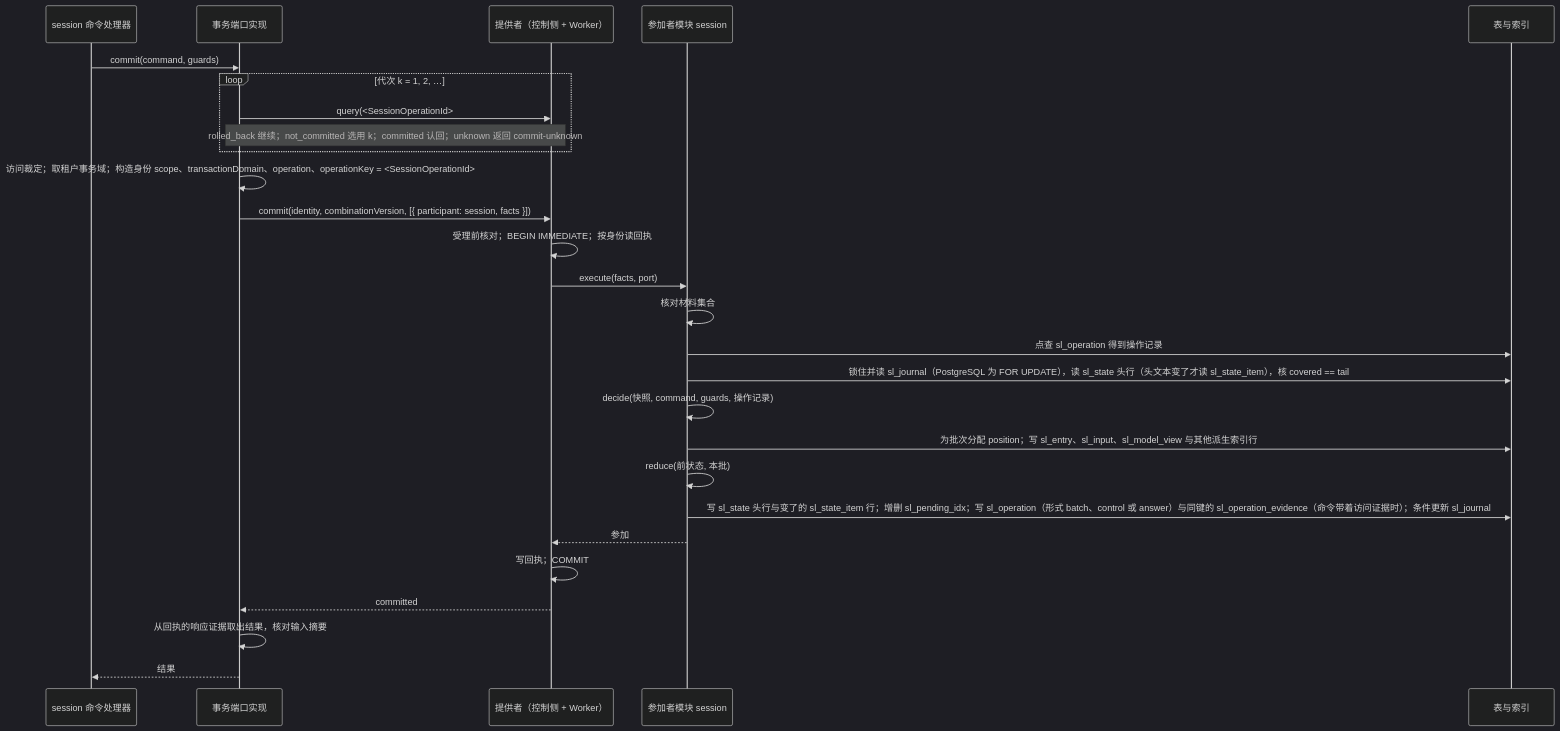
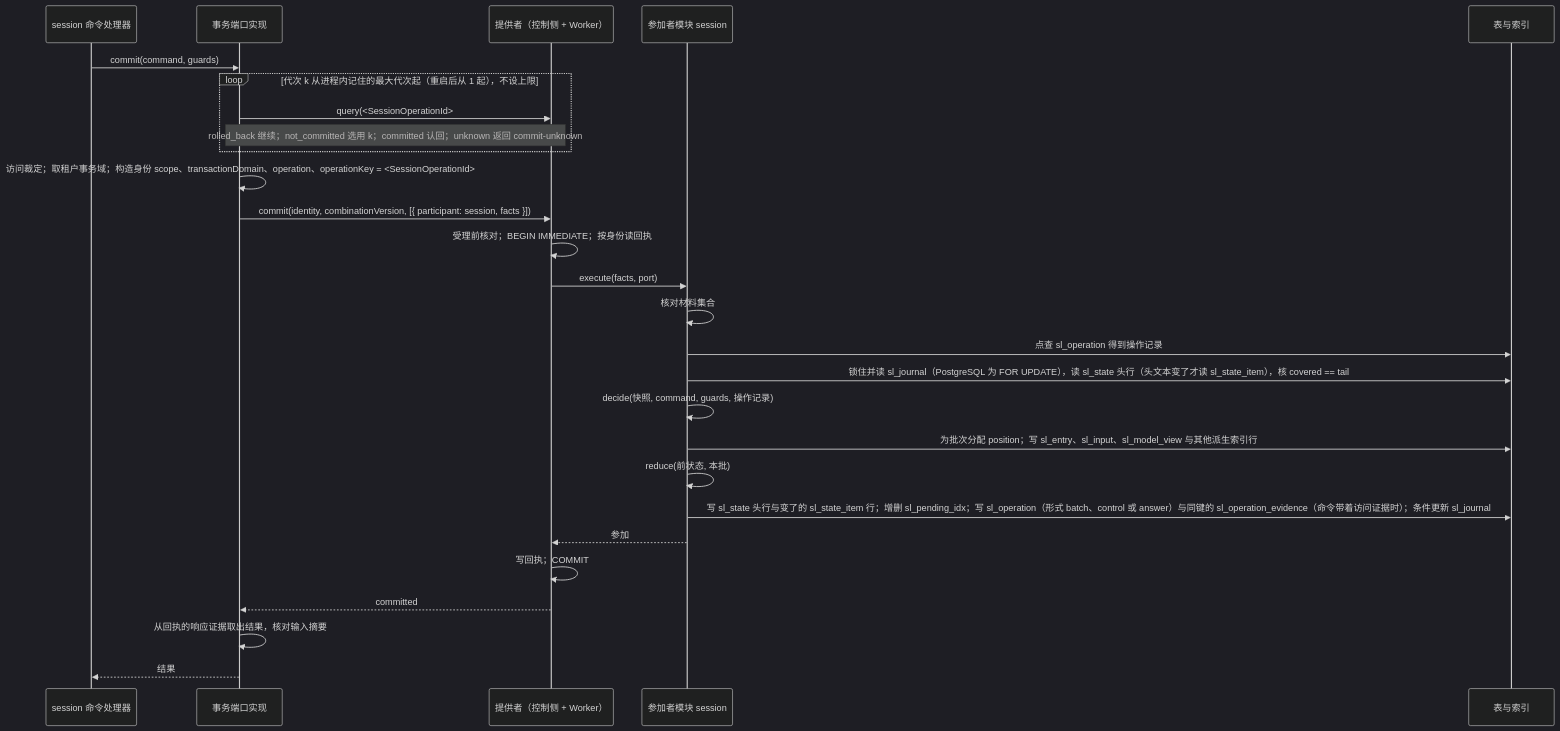
The first of 5 diagrams in packages/session/session-storage-sql/docs/flows.md (nemori-ai/omne-harness-lite), drawn with Mermaid (dark theme) before and after one commit. The commit also changed other lines of this file and 41 other files, not shown here.

````diff
--- a/packages/session/session-storage-sql/docs/flows.md
+++ b/packages/session/session-storage-sql/docs/flows.md
@@ -13,29 +13,29 @@
 ```mermaid
 sequenceDiagram
     participant S as session 命令处理器
     participant T as 事务端口实现
     participant P as 提供者（控制侧 + Worker）
     participant M as 参加者模块 session
     participant D as 表与索引
     S->>T: commit(command, guards)
-    loop 代次 k = 1, 2, …
+    loop 代次 k 从进程内记住的最大代次起（重启后从 1 起），不设上限
         T->>P: query(<SessionOperationId>#k)
         Note over T,P: rolled_back 继续；not_committed 选用 k；committed 认回；unknown 返回 commit-unknown
     end
     T->>T: 访问裁定；取租户事务域；构造身份 scope、transactionDomain、operation、operationKey = <SessionOperationId>#k、protocolVersion 2；规范化 { command, guards } 为 JSON
     T->>P: commit(identity, combinationVersion, [{ participant: session, facts }])
     P->>P: 受理前核对；BEGIN IMMEDIATE；按身份读回执
     P->>M: execute(facts, port)
     M->>M: 核对材料集合
     M->>D: 点查 sl_operation 得到操作记录
     M->>D: 锁住并读 sl_journal（PostgreSQL 为 FOR UPDATE），读 sl_state 头行（头文本变了才读 sl_state_item），核 covered == tail
     M->>M: decide(快照, command, guards, 操作记录)
     M->>D: 为批次分配 position；写 sl_entry、sl_input、sl_model_view 与其他派生索引行
     M->>M: reduce(前状态, 本批)
     M->>D: 写 sl_state 头行与变了的 sl_state_item 行；增删 sl_pending_idx；写 sl_operation（形式 batch、control 或 answer）与同键的 sl_operation_evidence（命令带着访问证据时）；条件更新 sl_journal
     M-->>P: 参加
     P->>P: 写回执；COMMIT
     P-->>T: committed
     T->>T: 从回执的响应证据取出结果，核对输入摘要
     T-->>S: 结果
 ```
````
